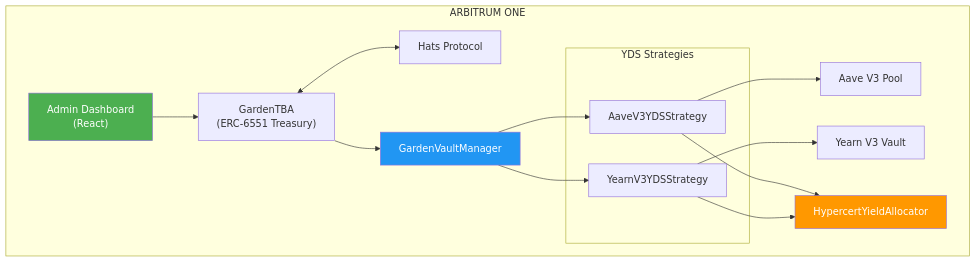
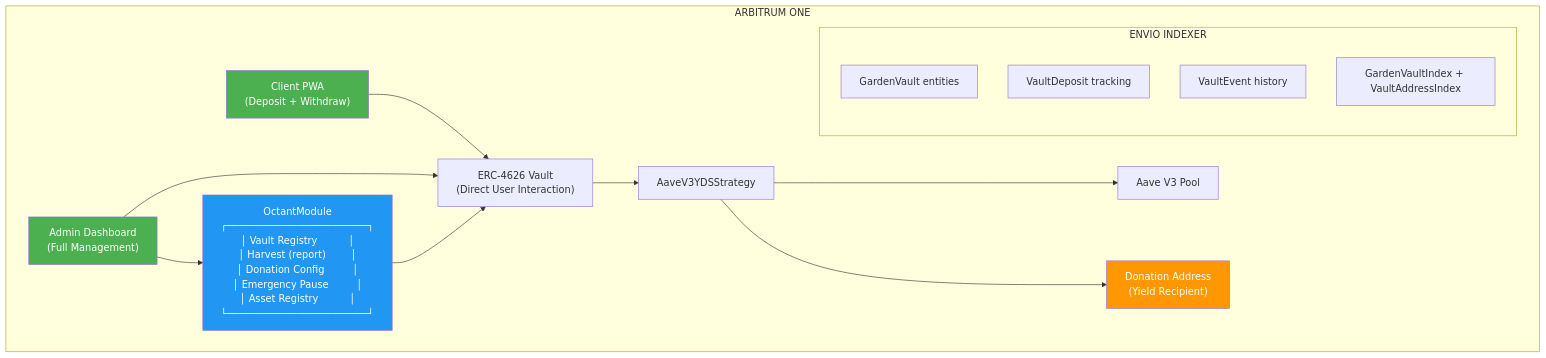
Before and after one commit to greenpill-dev-guild/green-goods: the diagram in docs/docs/specs/octant/octant-overview.md, drawn with Mermaid. The commit also changed other lines of this file and 7 other files, not shown here.

First line of the commit message:
docs(octant): update vault specs, plans, and cross-chain appendix

````diff
--- a/docs/docs/specs/octant/octant-overview.md
+++ b/docs/docs/specs/octant/octant-overview.md
@@ -40,31 +44,32 @@
 ```mermaid
 graph TB
     subgraph Arbitrum["ARBITRUM ONE"]
-        Admin["Admin Dashboard<br/>(React)"]
-        GardenTBA["GardenTBA<br/>(ERC-6551 Treasury)"]
-        Hats["Hats Protocol"]
+        Client["Client PWA<br/>(Deposit + Withdraw)"]
+        Admin["Admin Dashboard<br/>(Full Management)"]
 
-        Admin --> GardenTBA
-        GardenTBA <--> Hats
+        Client --> Vault
+        Admin --> OctantModule
+        Admin --> Vault
 
-        GardenTBA --> GVM["GardenVaultManager"]
+        OctantModule["OctantModule<br/>┌────────────────────────┐<br/>│ Vault Registry          │<br/>│ Harvest (report)        │<br/>│ Donation Config         │<br/>│ Emergency Pause         │<br/>│ Asset Registry          │<br/>└────────────────────────┘"]
 
-        subgraph Strategies["YDS Strategies"]
-            Aave["AaveV3YDSStrategy"]
-            Yearn["YearnV3YDSStrategy"]
+        OctantModule --> Vault["ERC-4626 Vault<br/>(Direct User Interaction)"]
+
+        Vault --> AaveStrat["AaveV3YDSStrategy"]
+        AaveStrat --> AavePool["Aave V3 Pool"]
+
+        AaveStrat --> Donation["Donation Address<br/>(Yield Recipient)"]
+
+        subgraph Indexer["ENVIO INDEXER"]
+            GV["GardenVault entities"]
+            VD["VaultDeposit tracking"]
+            VE["VaultEvent history"]
+            VI["GardenVaultIndex + VaultAddressIndex"]
         end
-
-        GVM --> Aave
-        GVM --> Yearn
-
-        Aave --> AavePool["Aave V3 Pool"]
-        Yearn --> YearnVault["Yearn V3 Vault"]
-
-        Aave --> Donation["HypercertYieldAllocator"]
-        Yearn --> Donation
     end
 
+    style Client fill:#4CAF50,color:#fff
     style Admin fill:#4CAF50,color:#fff
-    style GVM fill:#2196F3,color:#fff
+    style OctantModule fill:#2196F3,color:#fff
     style Donation fill:#FF9800,color:#fff
 ```
````
